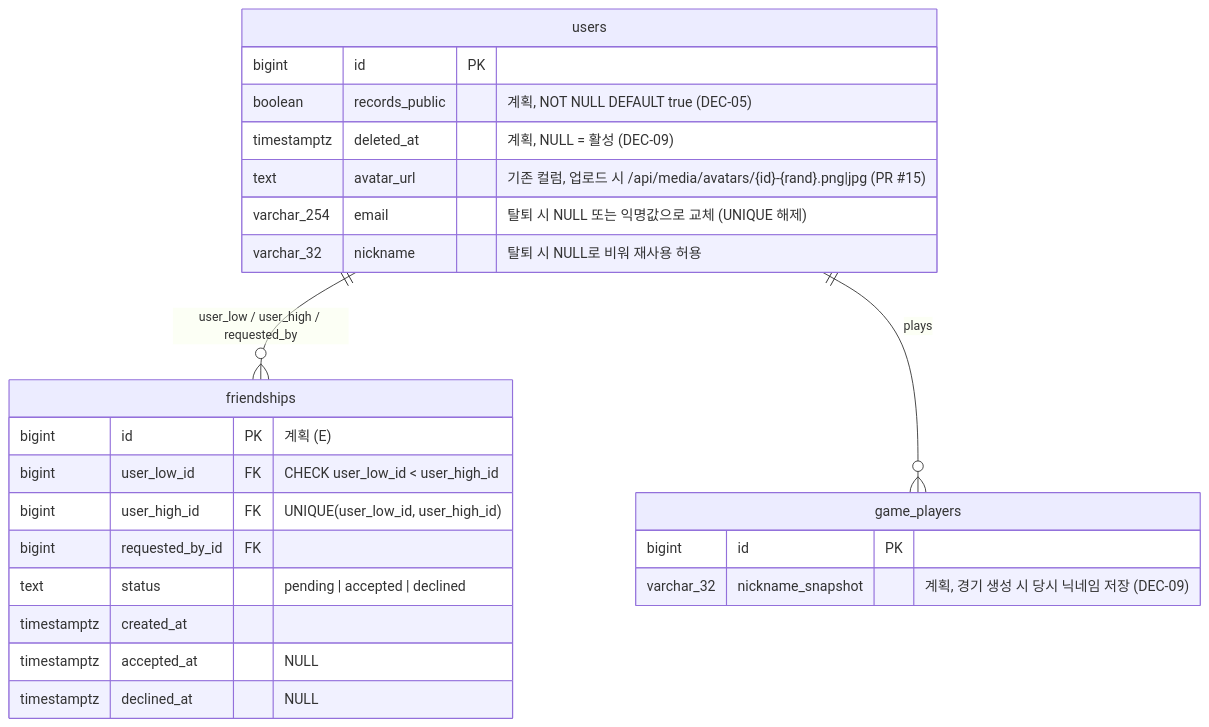
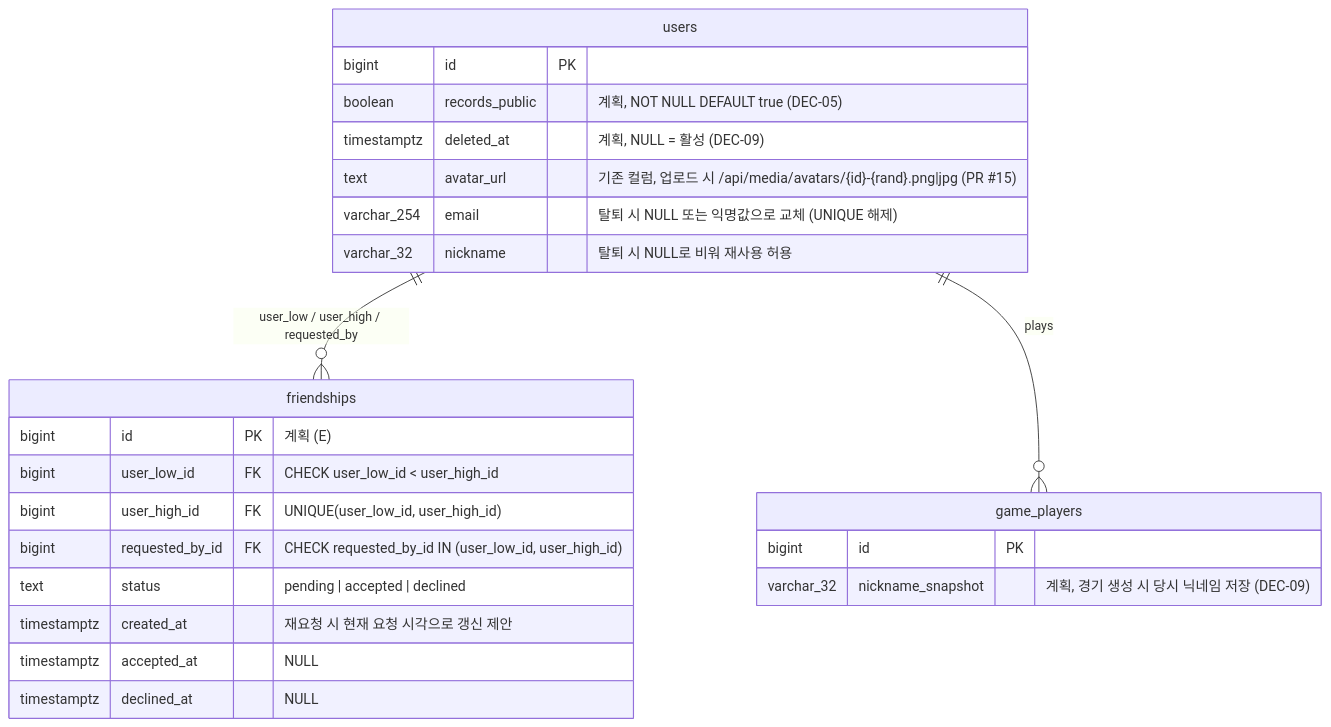
One commit to EscapeFromGyeongsan/ft_transcendence changed the ninth of 53 diagrams in Document/SDS.md. Above: the diagram before and after it, drawn with Mermaid. The commit also changed other lines of this file, not shown here.

````diff
--- a/Document/SDS.md
+++ b/Document/SDS.md
@@ -737,28 +737,28 @@
 ```mermaid
 erDiagram
     users ||--o{ friendships : "user_low / user_high / requested_by"
     users ||--o{ game_players : "plays"
 
     users {
         bigint id PK
         boolean records_public "계획, NOT NULL DEFAULT true (DEC-05)"
         timestamptz deleted_at "계획, NULL = 활성 (DEC-09)"
         text avatar_url "기존 컬럼, 업로드 시 /api/media/avatars/{id}-{rand}.png|jpg (PR #15)"
         varchar_254 email "탈퇴 시 NULL 또는 익명값으로 교체 (UNIQUE 해제)"
         varchar_32 nickname "탈퇴 시 NULL로 비워 재사용 허용"
     }
     game_players {
         bigint id PK
         varchar_32 nickname_snapshot "계획, 경기 생성 시 당시 닉네임 저장 (DEC-09)"
     }
     friendships {
         bigint id PK "계획 (E)"
         bigint user_low_id FK "CHECK user_low_id < user_high_id"
         bigint user_high_id FK "UNIQUE(user_low_id, user_high_id)"
-        bigint requested_by_id FK
+        bigint requested_by_id FK "CHECK requested_by_id IN (user_low_id, user_high_id)"
         text status "pending | accepted | declined"
-        timestamptz created_at
+        timestamptz created_at "재요청 시 현재 요청 시각으로 갱신 제안"
         timestamptz accepted_at "NULL"
         timestamptz declined_at "NULL"
     }
 ```
````
